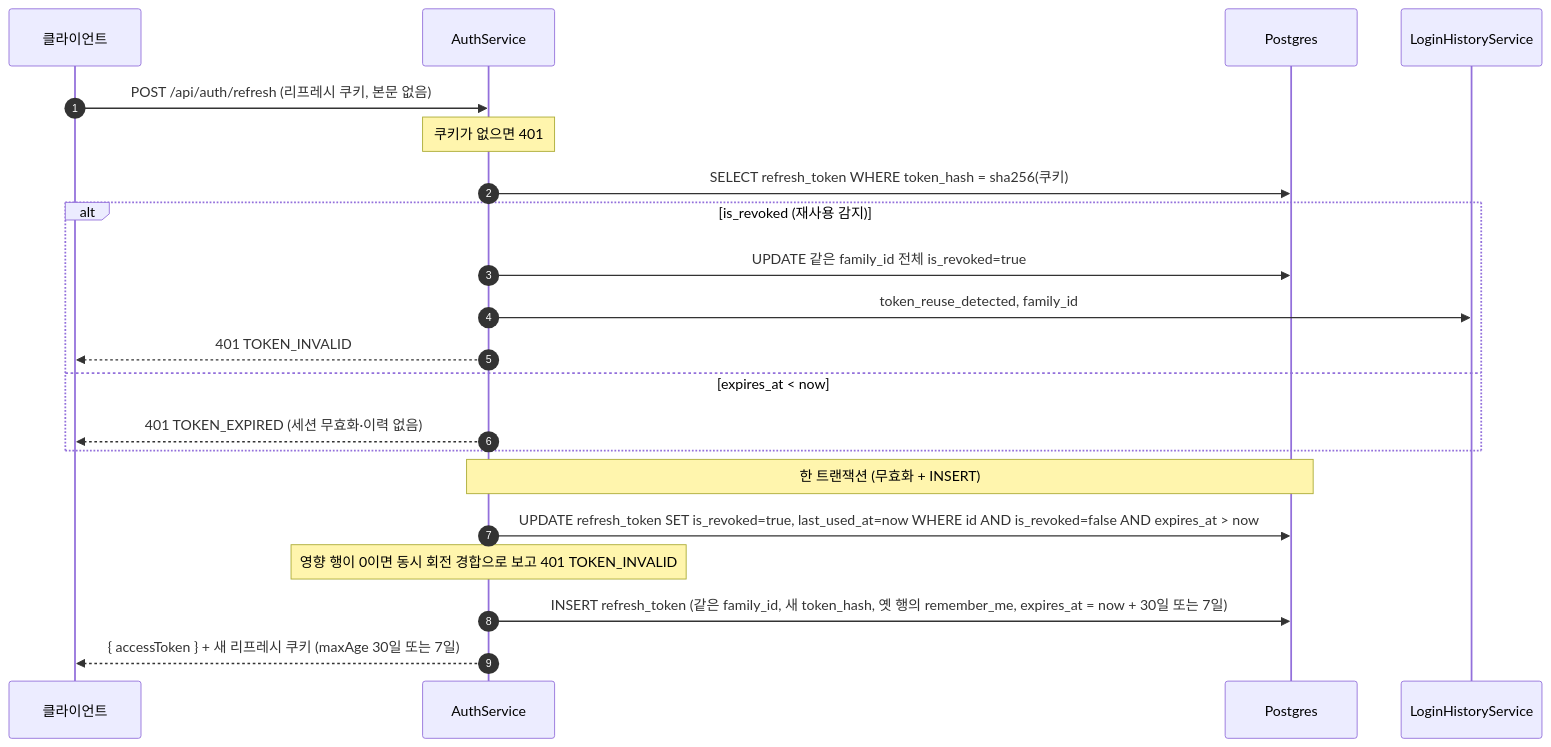
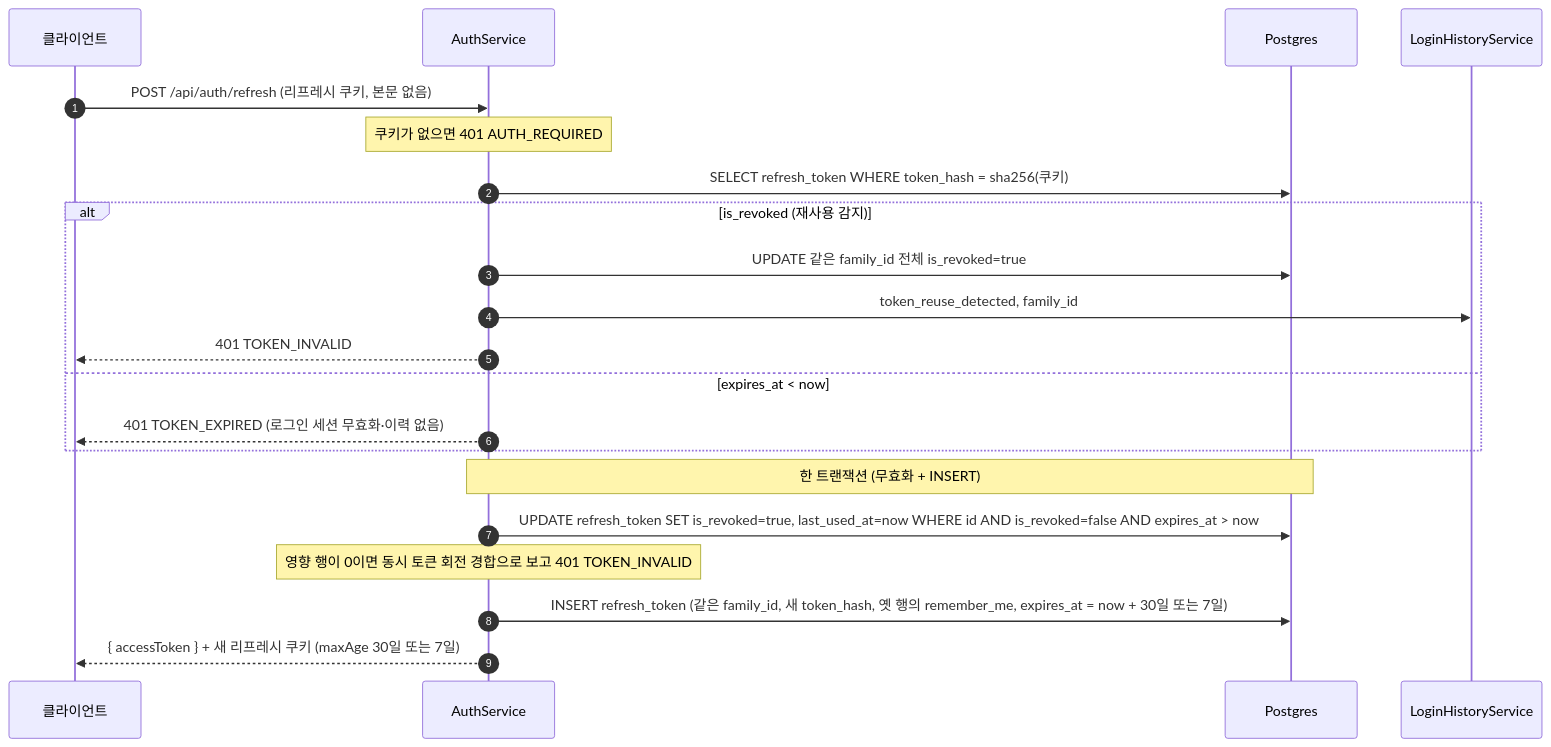
The fourth of 6 diagrams in spec/CLE-ACCT/CLE-ACCT-DATA-AUTH.md (worker-ants/clemvion), drawn with Mermaid before and after one commit. The commit also changed other lines of this file and 15 other files, not shown here.

````diff
--- a/spec/CLE-ACCT/CLE-ACCT-DATA-AUTH.md
+++ b/spec/CLE-ACCT/CLE-ACCT-DATA-AUTH.md
@@ -156,23 +158,23 @@
 ```mermaid
 sequenceDiagram
   autonumber
   participant C as 클라이언트
   participant Svc as AuthService
   participant PG as Postgres
   participant Hist as LoginHistoryService
   C->>Svc: POST /api/auth/refresh (리프레시 쿠키, 본문 없음)
-  Note over Svc: 쿠키가 없으면 401
+  Note over Svc: 쿠키가 없으면 401 AUTH_REQUIRED
   Svc->>PG: SELECT refresh_token WHERE token_hash = sha256(쿠키)
   alt is_revoked (재사용 감지)
     Svc->>PG: UPDATE 같은 family_id 전체 is_revoked=true
     Svc->>Hist: token_reuse_detected, family_id
     Svc-->>C: 401 TOKEN_INVALID
   else expires_at < now
-    Svc-->>C: 401 TOKEN_EXPIRED (세션 무효화·이력 없음)
+    Svc-->>C: 401 TOKEN_EXPIRED (로그인 세션 무효화·이력 없음)
   end
   Note over Svc,PG: 한 트랜잭션 (무효화 + INSERT)
   Svc->>PG: UPDATE refresh_token SET is_revoked=true, last_used_at=now WHERE id AND is_revoked=false AND expires_at > now
-  Note over Svc: 영향 행이 0이면 동시 회전 경합으로 보고 401 TOKEN_INVALID
+  Note over Svc: 영향 행이 0이면 동시 토큰 회전 경합으로 보고 401 TOKEN_INVALID
   Svc->>PG: INSERT refresh_token (같은 family_id, 새 token_hash, 옛 행의 remember_me, expires_at = now + 30일 또는 7일)
   Svc-->>C: { accessToken } + 새 리프레시 쿠키 (maxAge 30일 또는 7일)
 ```
````
